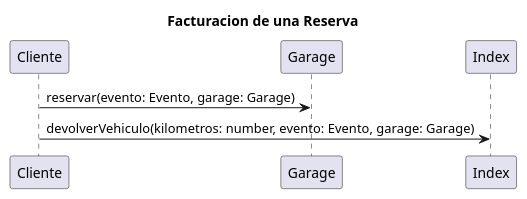
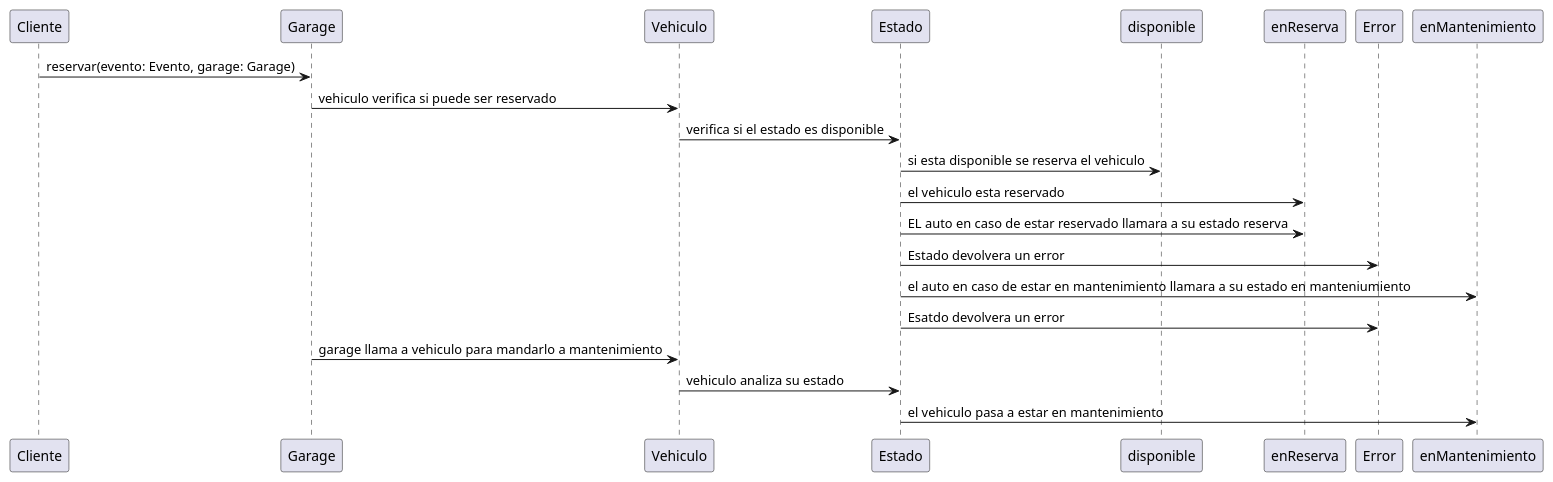
One commit to AlejoSuarez-37/Trabajo-Practico-Grupo16 changed the diagram in diagramas/sequencia/secuencias.puml. Above: the diagram before and after it, drawn with PlantUML.

Commit message:
se realizo el diagrama de secuencia

```diff
--- a/diagramas/sequencia/secuencias.puml
+++ b/diagramas/sequencia/secuencias.puml
@@ -1,13 +1,21 @@
-@startuml
-title Facturacion de una Reserva
+@startuml Facturacion de una Reserva
 
 Cliente -> Garage:reservar(evento: Evento, garage: Garage)
 
+Garage -> Vehiculo:vehiculo verifica si puede ser reservado
+Vehiculo -> Estado : verifica si el estado es disponible
+Estado -> disponible : si esta disponible se reserva el vehiculo
+Estado -> enReserva: el vehiculo esta reservado
+Estado -> enReserva: EL auto en caso de estar reservado llamara a su estado reserva
+Estado -> Error:Estado devolvera un error
+Estado -> enMantenimiento:el auto en caso de estar en mantenimiento llamara a su estado en manteniumiento
+Estado -> Error:Esatdo devolvera un error
+Garage -> Vehiculo : garage llama a vehiculo para mandarlo a mantenimiento
+Vehiculo -> Estado :vehiculo analiza su estado
+Estado -> enMantenimiento: el vehiculo pasa a estar en mantenimiento
 
-
-Cliente -> Index:devolverVehiculo(kilometros: number, evento: Evento, garage: Garage)
 
 
 
 
 @enduml
```
